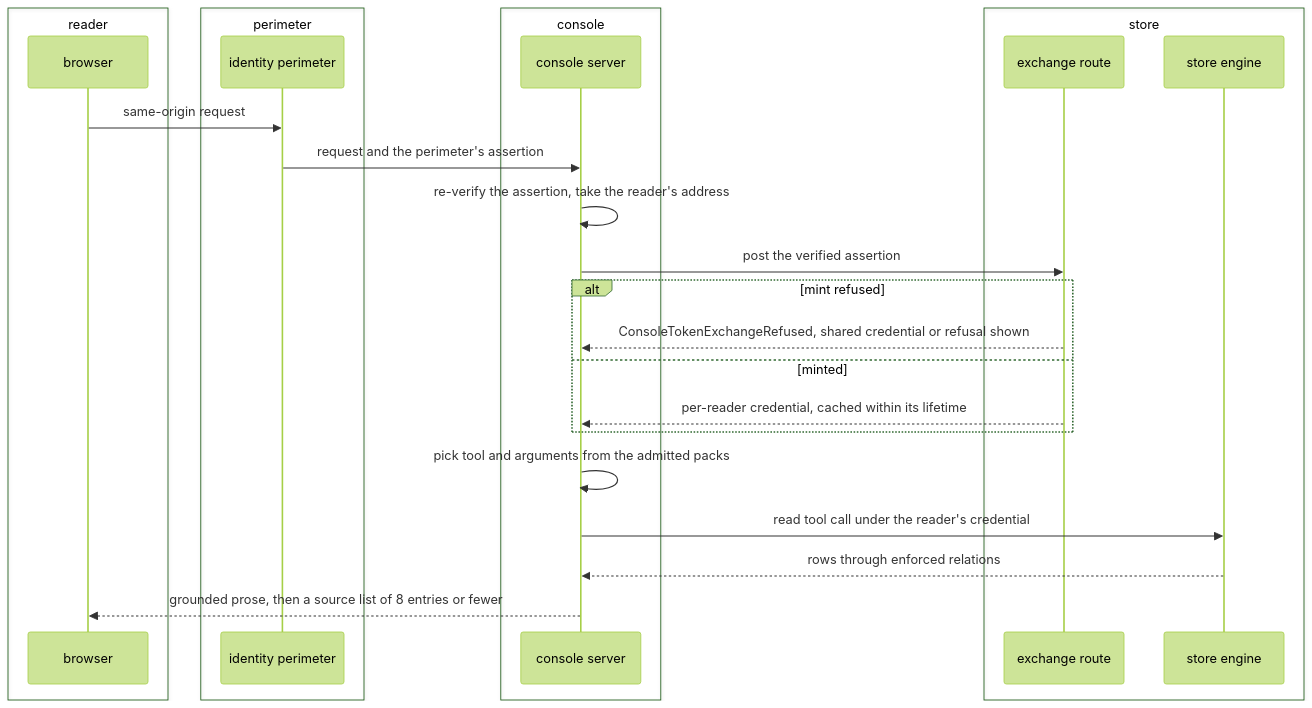
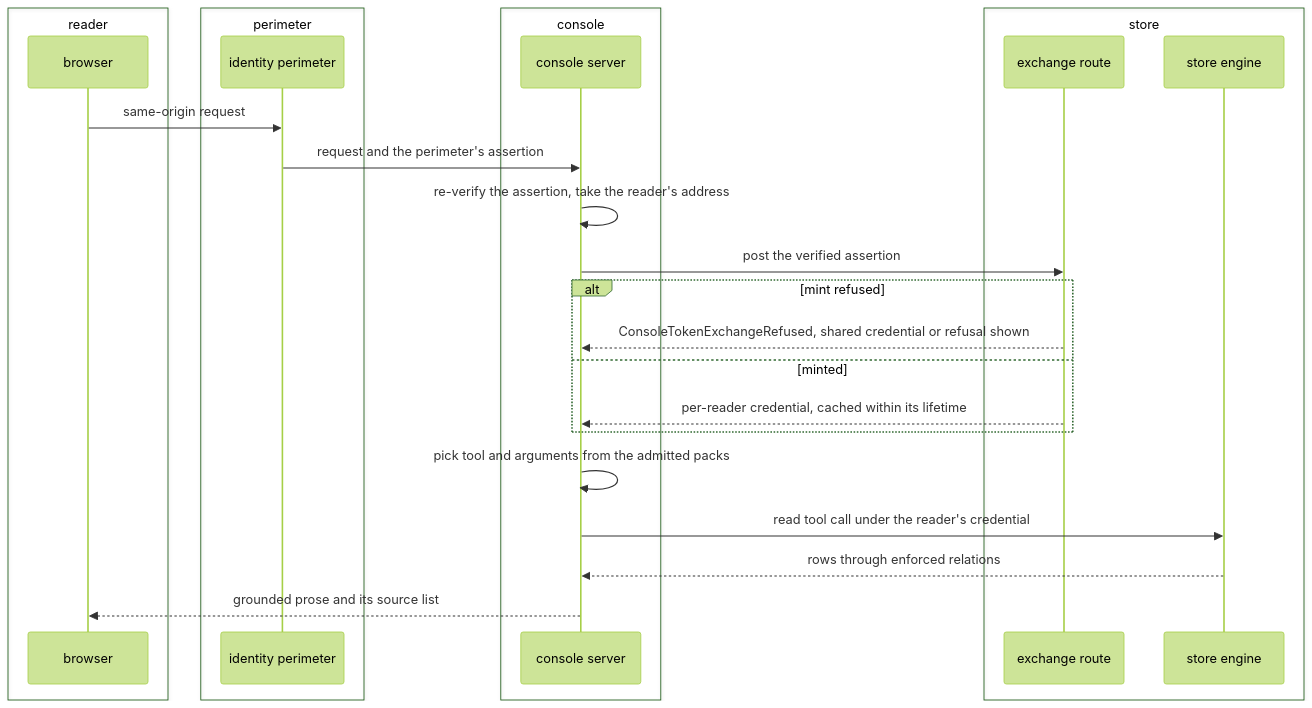
One commit to fractalboxdev/contextful changed the third of 5 diagrams in spec/71-console.md. Above: the diagram before and after it, drawn with Mermaid (forest theme). The commit also changed other lines of this file and 31 other files, not shown here.

First line of the commit message:
spec: every diagram draws things as nodes and what flows as labelled edges

````diff
--- a/spec/71-console.md
+++ b/spec/71-console.md
@@ -156,29 +150,29 @@
 ```mermaid
 sequenceDiagram
   box reader
     participant B as browser
   end
   box perimeter
     participant P as identity perimeter
   end
   box console
     participant S as console server
   end
   box store
     participant X as exchange route
     participant E as store engine
   end
   B->>P: same-origin request
   P->>S: request and the perimeter's assertion
   S->>S: re-verify the assertion, take the reader's address
   S->>X: post the verified assertion
   alt mint refused
     X-->>S: ConsoleTokenExchangeRefused, shared credential or refusal shown
   else minted
     X-->>S: per-reader credential, cached within its lifetime
   end
   S->>S: pick tool and arguments from the admitted packs
   S->>E: read tool call under the reader's credential
   E-->>S: rows through enforced relations
-  S-->>B: grounded prose, then a source list of 8 entries or fewer
+  S-->>B: grounded prose and its source list
 ```
````
